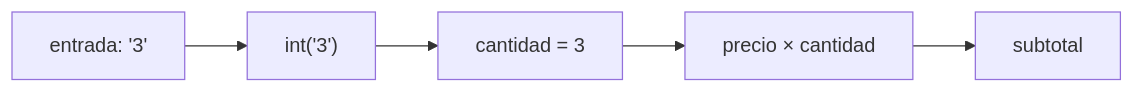
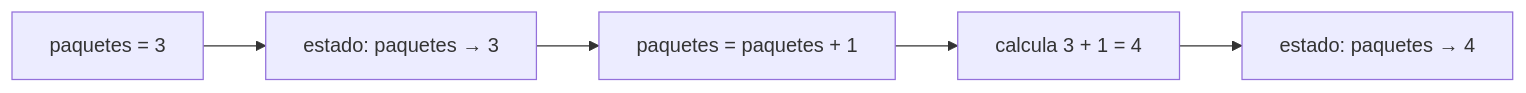
The third of 12 diagrams in web/public/content/foundations/modulo-1.md (NICORUIZ93/The_Imperial_Book), drawn with Mermaid before and after one commit. The commit also changed other lines of this file and 6 other files, not shown here.

````diff
--- a/web/public/content/foundations/modulo-1.md
+++ b/web/public/content/foundations/modulo-1.md
@@ -87,5 +155,7 @@
 ```mermaid
 flowchart LR
-    TEXT["entrada: '3'"] --> CONVERT["int('3')"] --> VALUE["cantidad = 3"]
-    VALUE --> CALC["precio × cantidad"] --> TOTAL["subtotal"]
+  L1["paquetes = 3"] --> S1["estado: paquetes → 3"]
+  S1 --> L2["paquetes = paquetes + 1"]
+  L2 --> C["calcula 3 + 1 = 4"]
+  C --> S2["estado: paquetes → 4"]
 ```
````
